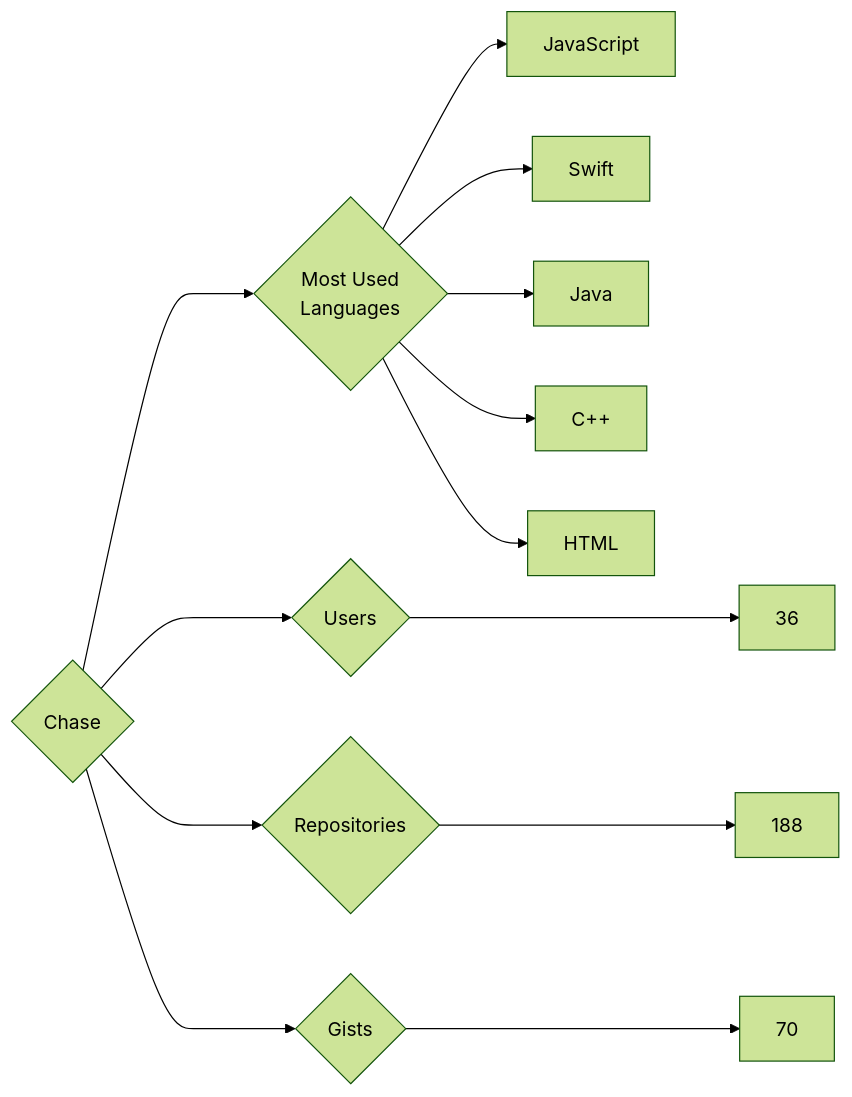
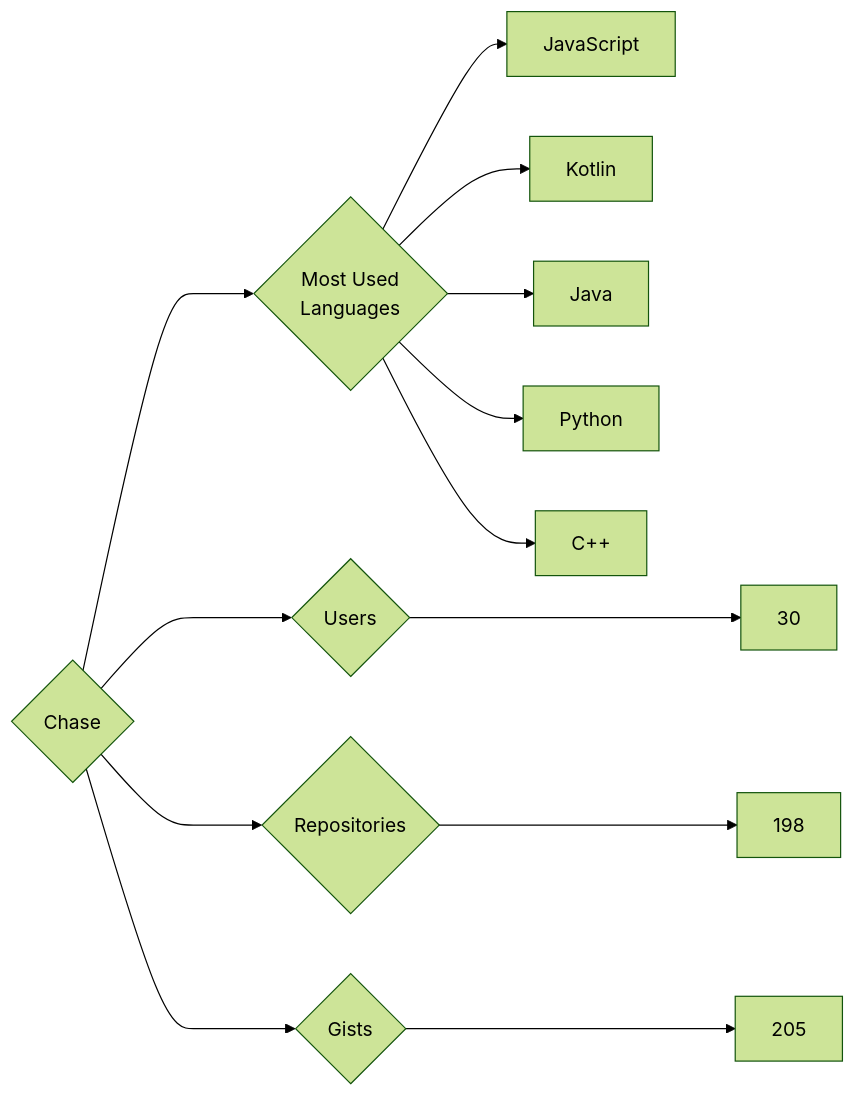
One commit to trickest/insiders changed the diagram in targets/Chase/README.md. Above: the diagram before and after it, drawn with Mermaid (forest theme). The commit also changed 882 other files, not shown here.

````diff
--- a/targets/Chase/README.md
+++ b/targets/Chase/README.md
@@ -3,13 +3,13 @@
 ```mermaid
 graph LR
 COMPANY_NAME{Chase}
-COMPANY_NAME ---> U{Users} ---> UN[36]
-COMPANY_NAME ---> R{Repositories} ---> RN[188]
-COMPANY_NAME ---> G{Gists} ---> GN[70]
+COMPANY_NAME ---> U{Users} ---> UN[30]
+COMPANY_NAME ---> R{Repositories} ---> RN[198]
+COMPANY_NAME ---> G{Gists} ---> GN[205]
 COMPANY_NAME ---> ML{Most Used<br>Languages}
 ML --> JavaScript[JavaScript]
-ML --> Swift[Swift]
+ML --> Kotlin[Kotlin]
 ML --> Java[Java]
+ML --> Python[Python]
 ML --> C++[C++]
-ML --> HTML[HTML]
 ```
````
